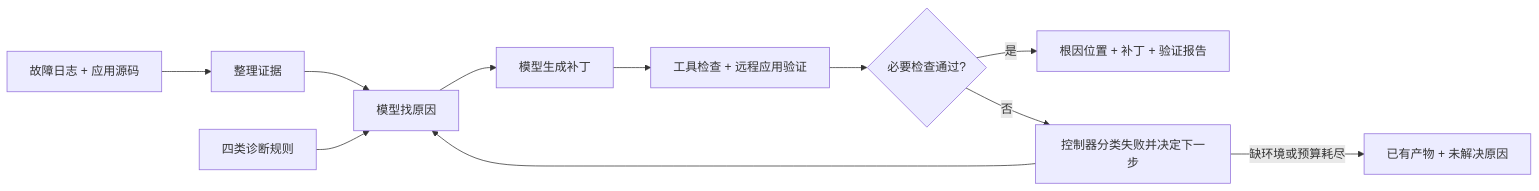
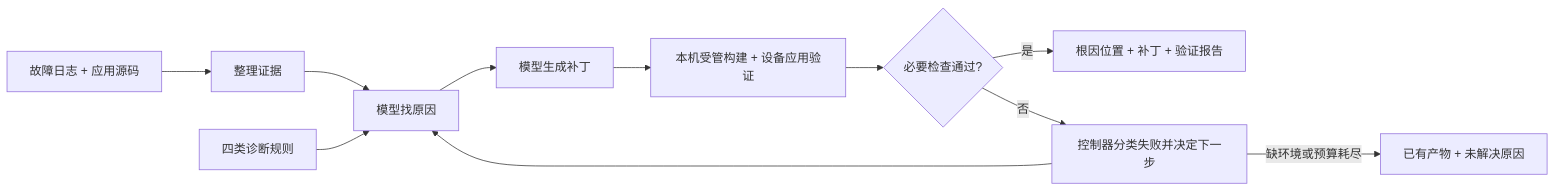
The diagram in DEVELOPMENT.md (kxahcc/EviMend), drawn with Mermaid before and after one commit. The commit also changed other lines of this file and 10 other files, not shown here.

````diff
--- a/DEVELOPMENT.md
+++ b/DEVELOPMENT.md
@@ -34,13 +34,13 @@
 ```mermaid
 flowchart LR
     A[故障日志 + 应用源码] --> B[整理证据]
     B --> C[模型找原因]
     K[四类诊断规则] --> C
     C --> D[模型生成补丁]
-    D --> E[工具检查 + 远程应用验证]
+    D --> E[本机受管构建 + 设备应用验证]
     E --> F{必要检查通过?}
     F -->|是| G[根因位置 + 补丁 + 验证报告]
     F -->|否| H[控制器分类失败并决定下一步]
     H --> C
     H -->|缺环境或预算耗尽| I[已有产物 + 未解决原因]
 ```
````
